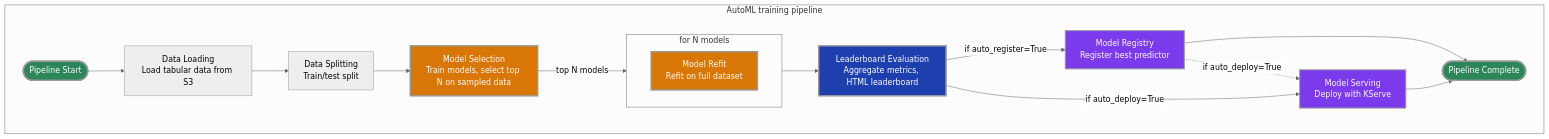
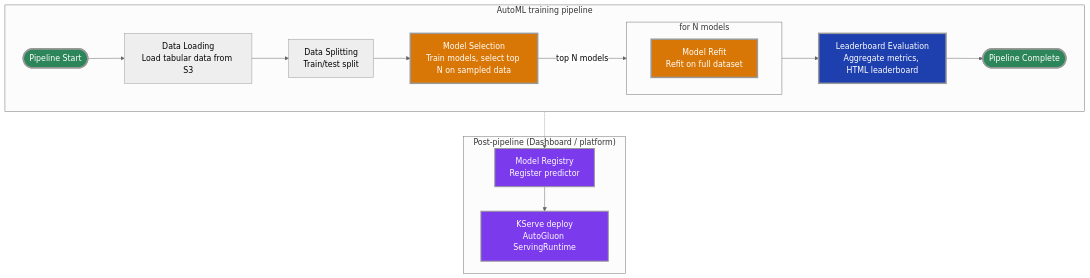
The diagram in architecture-decision-records/automl/ODH-ADR-0001-automl.md (opendatahub-io/architecture-decision-records), drawn with Mermaid (neutral theme) before and after one commit. The commit also changed other lines of this file and 8 other files, not shown here.

````diff
--- a/architecture-decision-records/automl/ODH-ADR-0001-automl.md
+++ b/architecture-decision-records/automl/ODH-ADR-0001-automl.md
@@ -80,28 +82,30 @@
 ```mermaid
 flowchart TB
     subgraph pipeline["AutoML training pipeline"]
         direction LR
         Start([Pipeline Start]) --> DataLoad["Data Loading<br/>Load tabular data from S3"]
         DataLoad --> DataSplit["Data Splitting<br/>Train/test split"]
         DataSplit --> ModelSelect["Model Selection<br/>Train models, select top N on sampled data"]
         ModelSelect -->|"top N models"| RefitLoop
         subgraph RefitLoop["for N models"]
             direction LR
             ModelRefit["Model Refit<br/>Refit on full dataset"]
         end
         RefitLoop --> Leaderboard["Leaderboard Evaluation<br/>Aggregate metrics, HTML leaderboard"]
-        Leaderboard -->|"if auto_register=True"| ModelRegistry["Model Registry<br/>Register best predictor"]
-        ModelRegistry -.->|if auto_deploy=True| ModelServing
-        Leaderboard -->|"if auto_deploy=True"| ModelServing["Model Serving<br/>Deploy with KServe"]
-        ModelRegistry --> End([Pipeline Complete])
-        ModelServing --> End([Pipeline Complete])
+        Leaderboard --> End([Pipeline Complete])
     end
+
+    subgraph post["Post-pipeline (Dashboard / platform)"]
+        Register["Model Registry<br/>Register predictor"] --> Deploy["KServe deploy<br/>AutoGluon ServingRuntime"]
+    end
+
+    Leaderboard -.-> Register
 
     style Start fill:#2d8659,color:#fff,stroke-width:3px
     style End fill:#2d8659,color:#fff,stroke-width:3px
     style ModelSelect fill:#d97706,color:#fff,stroke-width:3px
     style ModelRefit fill:#d97706,color:#fff,stroke-width:3px
     style Leaderboard fill:#1e40af,color:#fff,stroke-width:3px
-    style ModelRegistry fill:#7c3aed,color:#fff,stroke-width:2px
-    style ModelServing fill:#7c3aed,color:#fff,stroke-width:2px
+    style Register fill:#7c3aed,color:#fff,stroke-width:2px
+    style Deploy fill:#7c3aed,color:#fff,stroke-width:2px
 ```
````
